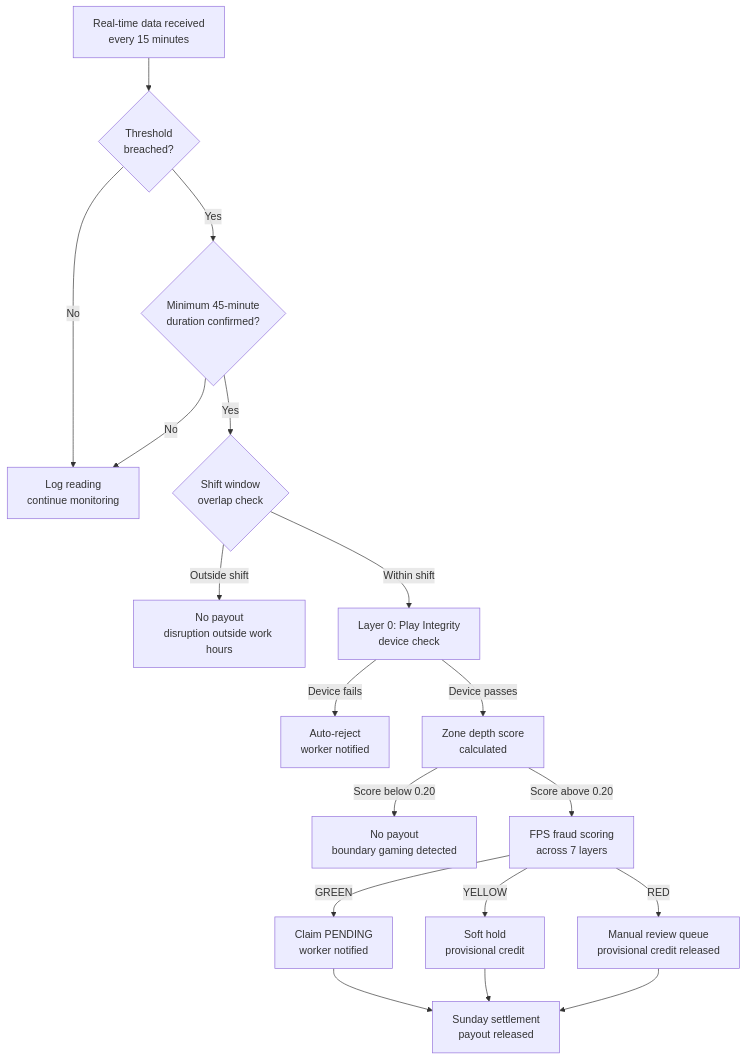
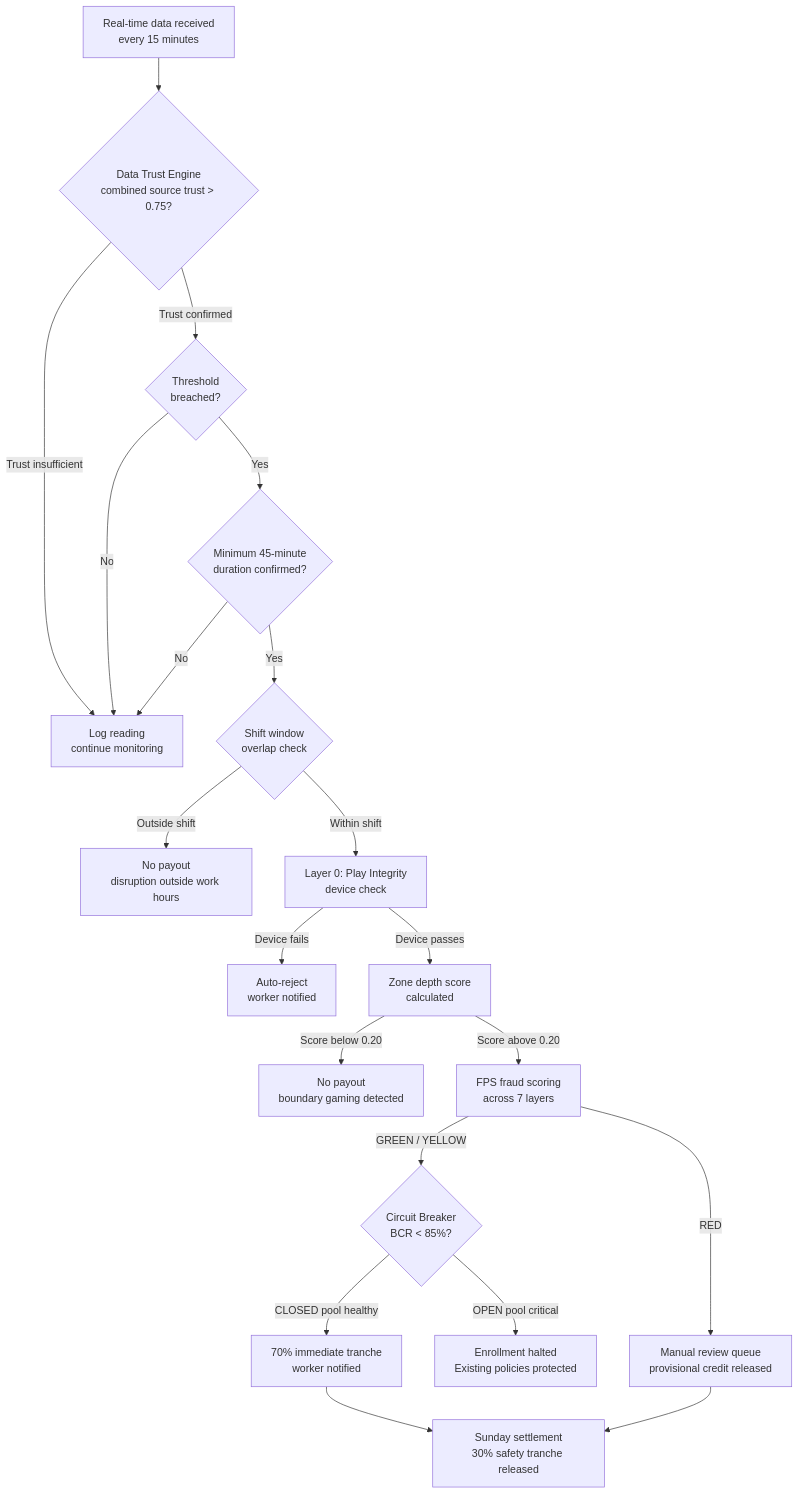
Before and after one commit to Dhruvv-16/Hustlr: the third of 4 diagrams in README.md, drawn with Mermaid. The commit also changed other lines of this file, not shown here.

````diff
--- a/README.md
+++ b/README.md
@@ -639,20 +1020,22 @@
 ```mermaid
 flowchart TD
-    T1[Real-time data received\nevery 15 minutes] --> T2{Threshold\nbreached?}
-    T2 -- No --> T3[Log reading\ncontinue monitoring]
-    T2 -- Yes --> T4{Minimum 45-minute\nduration confirmed?}
+    T1[Real-time data received\nevery 15 minutes] --> T2{Data Trust Engine\ncombined source trust > 0.75?}
+    T2 -- Trust insufficient --> T3[Log reading\ncontinue monitoring]
+    T2 -- Trust confirmed --> T4{Threshold\nbreached?}
     T4 -- No --> T3
-    T4 -- Yes --> T5{Shift window\noverlap check}
-    T5 -- Outside shift --> T6[No payout\ndisruption outside work hours]
-    T5 -- Within shift --> T7[Layer 0: Play Integrity\ndevice check]
-    T7 -- Device fails --> T8[Auto-reject\nworker notified]
-    T7 -- Device passes --> T9[Zone depth score\ncalculated]
-    T9 -->|Score below 0.20| T10[No payout\nboundary gaming detected]
-    T9 -->|Score above 0.20| T11[FPS fraud scoring\nacross 7 layers]
-    T11 -->|GREEN| T12[Claim PENDING\nworker notified]
-    T11 -->|YELLOW| T13[Soft hold\nprovisional credit]
-    T11 -->|RED| T14[Manual review queue\nprovisional credit released]
-    T12 --> T15[Sunday settlement\npayout released]
-    T13 --> T15
-    T14 --> T15
+    T4 -- Yes --> T5{Minimum 45-minute\nduration confirmed?}
+    T5 -- No --> T3
+    T5 -- Yes --> T6{Shift window\noverlap check}
+    T6 -- Outside shift --> T7[No payout\ndisruption outside work hours]
+    T6 -- Within shift --> T8[Layer 0: Play Integrity\ndevice check]
+    T8 -- Device fails --> T9[Auto-reject\nworker notified]
+    T8 -- Device passes --> T10[Zone depth score\ncalculated]
+    T10 -->|Score below 0.20| T11[No payout\nboundary gaming detected]
+    T10 -->|Score above 0.20| T12[FPS fraud scoring\nacross 7 layers]
+    T12 -->|GREEN / YELLOW| T13{Circuit Breaker\nBCR < 85%?}
+    T12 -->|RED| T14[Manual review queue\nprovisional credit released]
+    T13 -- OPEN pool critical --> T15[Enrollment halted\nExisting policies protected]
+    T13 -- CLOSED pool healthy --> T16[70% immediate tranche\nworker notified]
+    T16 --> T17[Sunday settlement\n30% safety tranche released]
+    T14 --> T17
 ```
````
